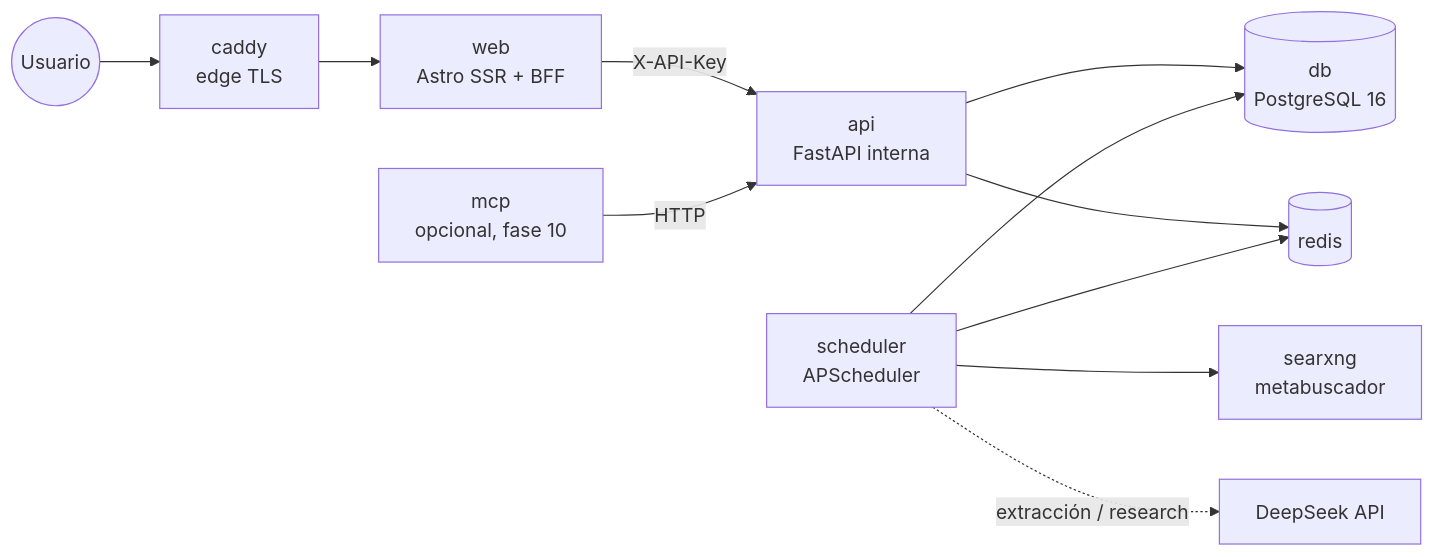
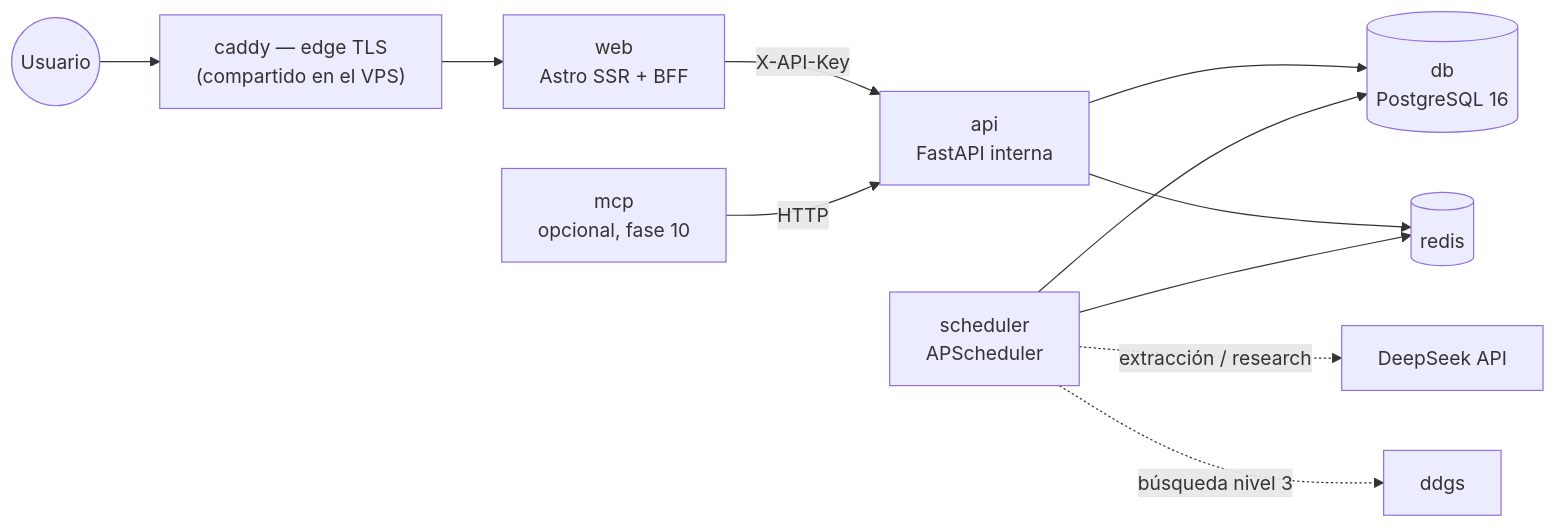
The diagram in foundation-comparador-financiero-mx.md (gibran-ojeda/CentinelaFinanciero), drawn with Mermaid before and after one commit. The commit also changed other lines of this file and 5 other files, not shown here.

````diff
--- a/foundation-comparador-financiero-mx.md
+++ b/foundation-comparador-financiero-mx.md
@@ -425,13 +425,13 @@
 ```mermaid
 flowchart LR
-    U((Usuario)) --> C[caddy<br/>edge TLS]
+    U((Usuario)) --> C["caddy — edge TLS<br/>(compartido en el VPS)"]
     C --> W[web<br/>Astro SSR + BFF]
     W -->|X-API-Key| A[api<br/>FastAPI interna]
     A --> D[(db<br/>PostgreSQL 16)]
     A --> R[(redis)]
     S[scheduler<br/>APScheduler] --> D
     S --> R
-    S --> X[searxng<br/>metabuscador]
     S -.->|extracción / research| L[DeepSeek API]
+    S -.->|búsqueda nivel 3| B[ddgs]
     M[mcp<br/>opcional, fase 10] -->|HTTP| A
 ```
````
